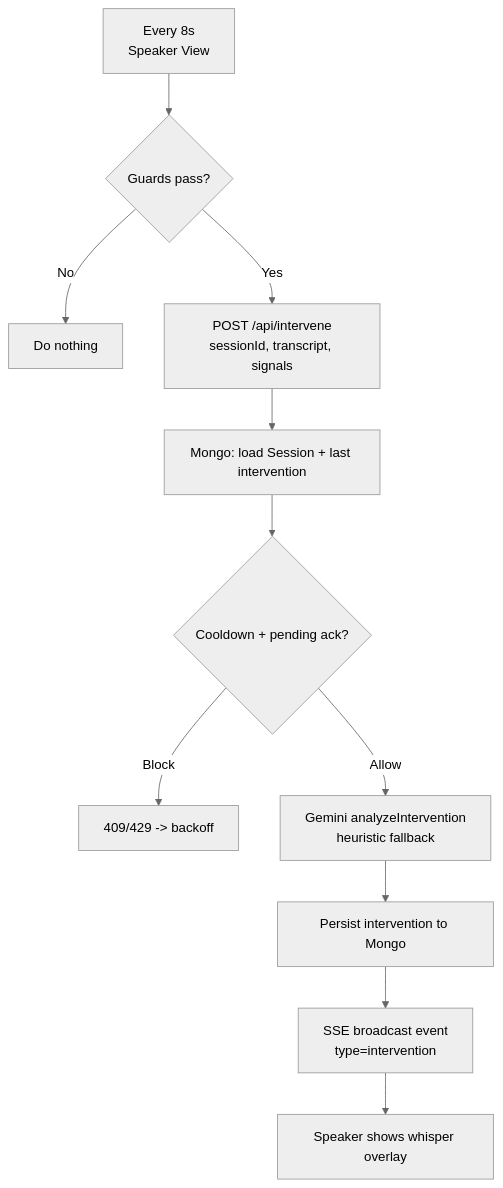
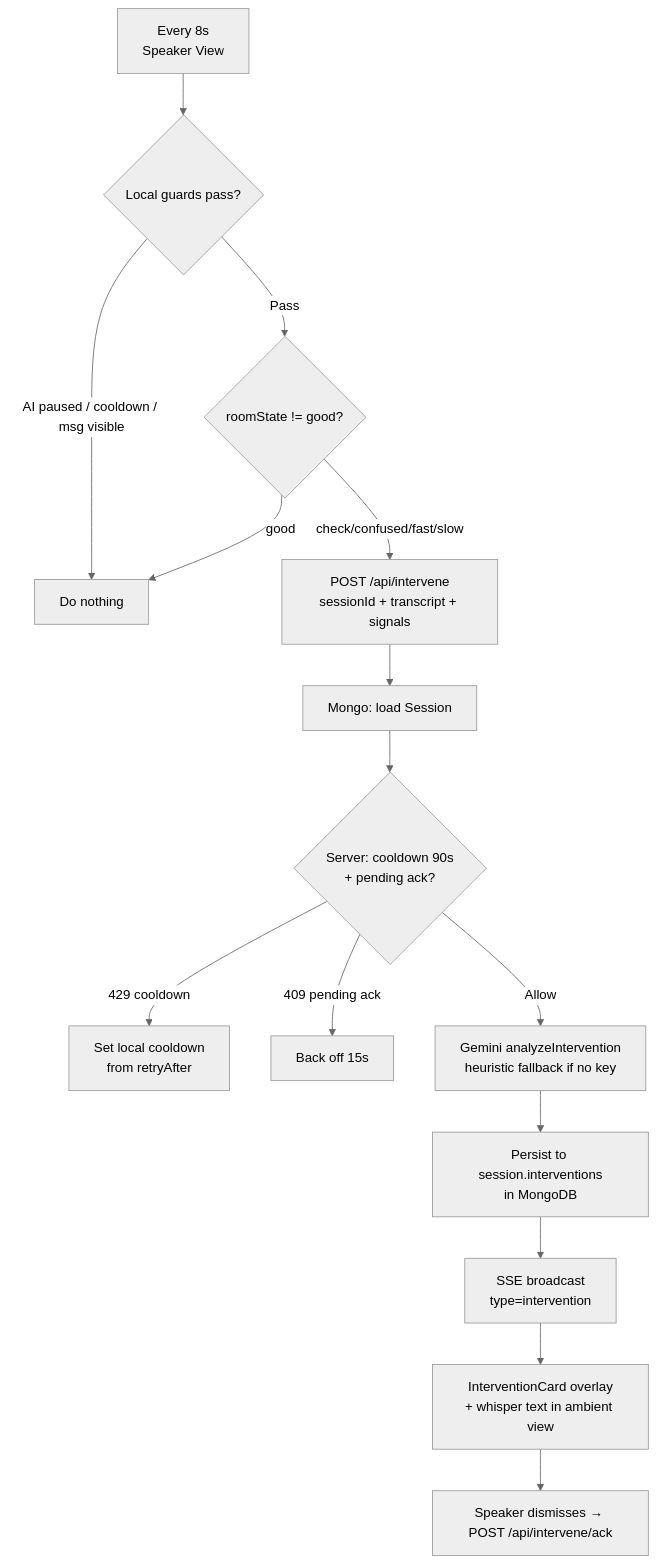
The fifth of 9 diagrams in PULSE_ARCHITECTUREPLAN.md (arvinder004/PULSE_HACKBYTE4.0), drawn with Mermaid (neutral theme) before and after one commit. The commit also changed other lines of this file and 1 other file, not shown here.

````diff
--- a/PULSE_ARCHITECTUREPLAN.md
+++ b/PULSE_ARCHITECTUREPLAN.md
@@ -220,15 +269,20 @@
 ```mermaid
 flowchart TD
-  Tick[Every 8s\nSpeaker View] --> Guards{Guards pass?}
-  Guards -->|No| Stop[Do nothing]
+  Tick[Every 8s\nSpeaker View] --> Guards{Local guards pass?}
+  Guards -->|AI paused / cooldown / msg visible| Stop[Do nothing]
 
-  Guards -->|Yes| Call[POST /api/intervene\nsessionId, transcript, signals]
-  Call --> Load[Mongo: load Session + last intervention]
-  Load --> Checks{Cooldown + pending ack?}
-  Checks -->|Block| Backoff[409/429 -> backoff]
+  Guards -->|Pass| RoomCheck{roomState != good?}
+  RoomCheck -->|good| Stop
 
-  Checks -->|Allow| Reason[Gemini analyzeIntervention\nheuristic fallback]
-  Reason --> Persist[Persist intervention to Mongo]
-  Persist --> Broadcast[SSE broadcast event\ntype=intervention]
-  Broadcast --> UI[Speaker shows whisper overlay]
+  RoomCheck -->|check/confused/fast/slow| Call[POST /api/intervene\nsessionId + transcript + signals]
+  Call --> Load[Mongo: load Session]
+  Load --> ServerChecks{Server: cooldown 90s\n+ pending ack?}
+  ServerChecks -->|429 cooldown| Backoff[Set local cooldown\nfrom retryAfter]
+  ServerChecks -->|409 pending ack| Backoff2[Back off 15s]
+
+  ServerChecks -->|Allow| Reason[Gemini analyzeIntervention\nheuristic fallback if no key]
+  Reason --> Persist[Persist to session.interventions\nin MongoDB]
+  Persist --> Broadcast[SSE broadcast\ntype=intervention]
+  Broadcast --> Card[InterventionCard overlay\n+ whisper text in ambient view]
+  Card --> Ack[Speaker dismisses → POST /api/intervene/ack]
 ```
````
